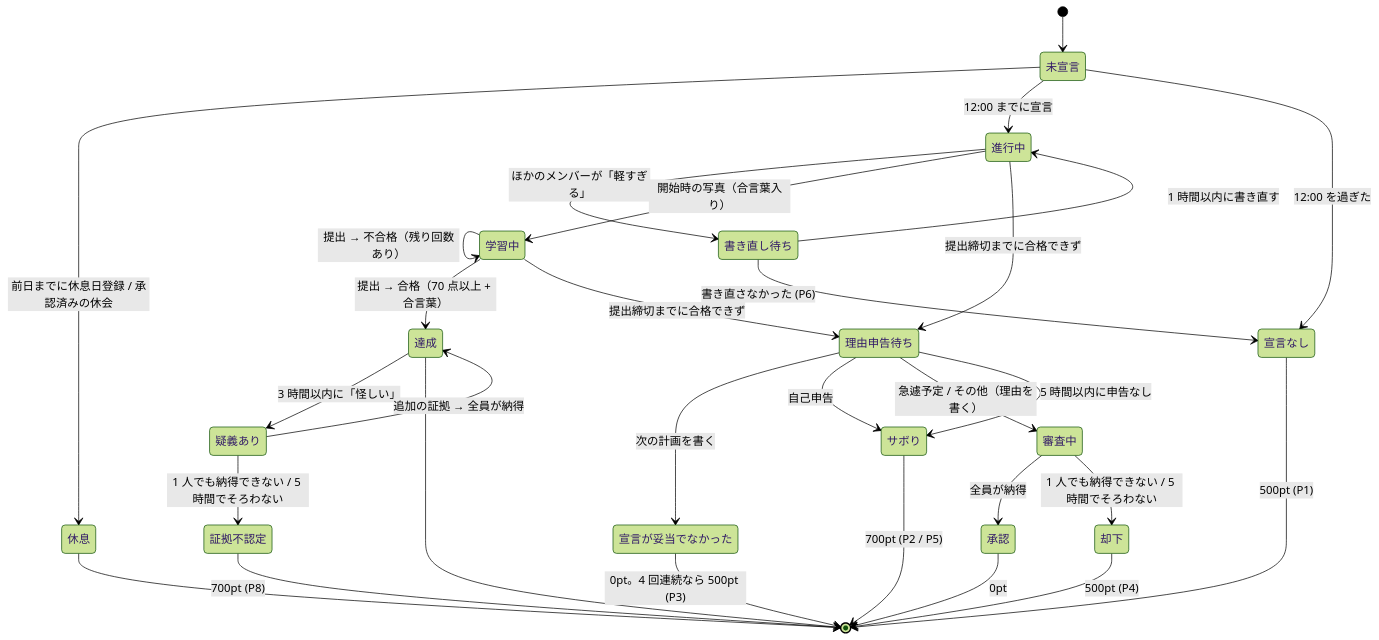
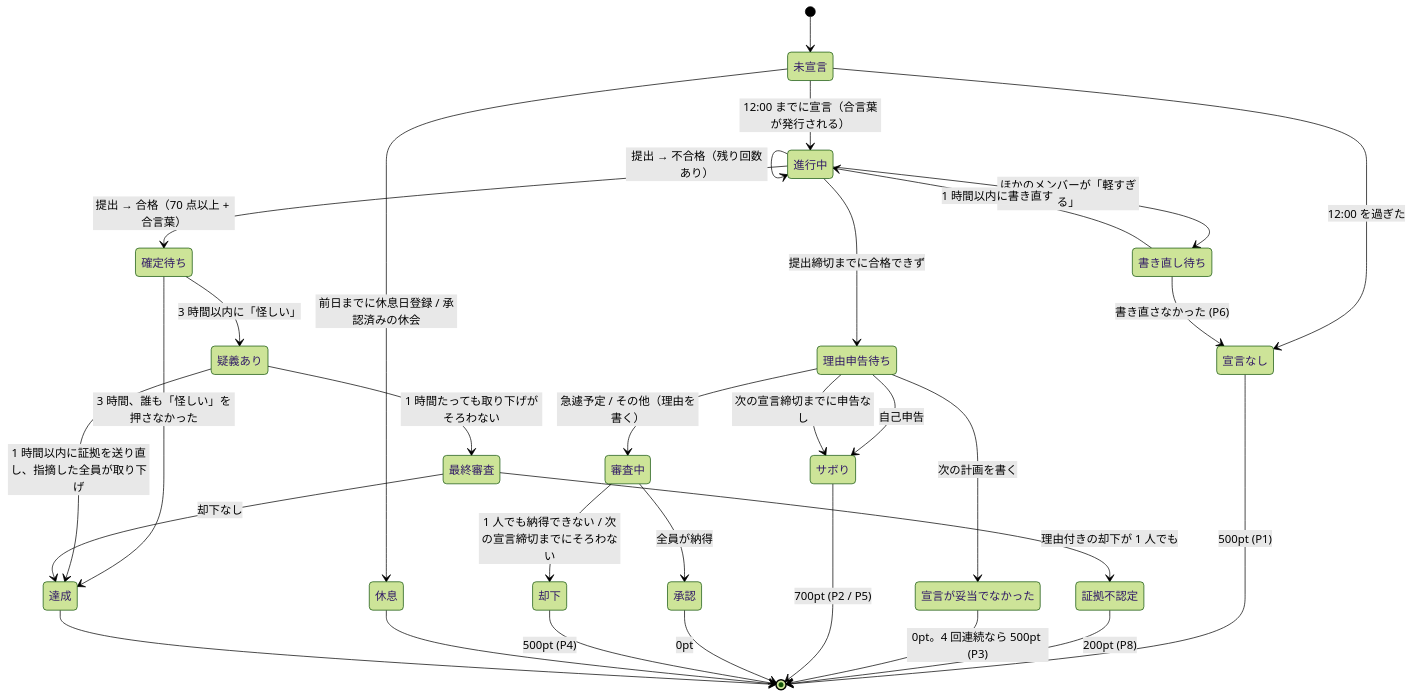
One commit to ashilal1/force-study-app changed the diagram in docs/requirements.md. Above: the diagram before and after it, drawn with Mermaid (forest theme). The commit also changed other lines of this file and 6 other files, not shown here.

````diff
--- a/docs/requirements.md
+++ b/docs/requirements.md
@@ -58,35 +63,37 @@
 ```mermaid
 stateDiagram-v2
     [*] --> 未宣言
     未宣言 --> 休息: 前日までに休息日登録 / 承認済みの休会
-    未宣言 --> 進行中: 12:00 までに宣言
+    未宣言 --> 進行中: 12:00 までに宣言（合言葉が発行される）
     未宣言 --> 宣言なし: 12:00 を過ぎた
     宣言なし --> [*]: 500pt (P1)
 
     進行中 --> 書き直し待ち: ほかのメンバーが「軽すぎる」
     書き直し待ち --> 進行中: 1 時間以内に書き直す
     書き直し待ち --> 宣言なし: 書き直さなかった (P6)
-    進行中 --> 学習中: 開始時の写真（合言葉入り）
-    学習中 --> 学習中: 提出 → 不合格（残り回数あり）
-    学習中 --> 達成: 提出 → 合格（70 点以上 + 合言葉）
+    進行中 --> 進行中: 提出 → 不合格（残り回数あり）
+    進行中 --> 確定待ち: 提出 → 合格（70 点以上 + 合言葉）
     進行中 --> 理由申告待ち: 提出締切までに合格できず
-    学習中 --> 理由申告待ち: 提出締切までに合格できず
-    達成 --> 疑義あり: 3 時間以内に「怪しい」
-    疑義あり --> 達成: 追加の証拠 → 全員が納得
-    疑義あり --> 証拠不認定: 1 人でも納得できない / 5 時間でそろわない
-    証拠不認定 --> [*]: 700pt (P8)
+
+    確定待ち --> 達成: 3 時間、誰も「怪しい」を押さなかった
+    確定待ち --> 疑義あり: 3 時間以内に「怪しい」
+    疑義あり --> 達成: 1 時間以内に証拠を送り直し、指摘した全員が取り下げ
+    疑義あり --> 最終審査: 1 時間たっても取り下げがそろわない
+    最終審査 --> 達成: 却下なし
+    最終審査 --> 証拠不認定: 理由付きの却下が 1 人でも
+    証拠不認定 --> [*]: 200pt (P8)
 
     理由申告待ち --> 宣言が妥当でなかった: 次の計画を書く
     理由申告待ち --> サボり: 自己申告
     理由申告待ち --> 審査中: 急遽予定 / その他（理由を書く）
-    理由申告待ち --> サボり: 5 時間以内に申告なし
+    理由申告待ち --> サボり: 次の宣言締切までに申告なし
 
     宣言が妥当でなかった --> [*]: 0pt。4 回連続なら 500pt (P3)
     サボり --> [*]: 700pt (P2 / P5)
     審査中 --> 承認: 全員が納得
-    審査中 --> 却下: 1 人でも納得できない / 5 時間でそろわない
+    審査中 --> 却下: 1 人でも納得できない / 次の宣言締切までにそろわない
     承認 --> [*]: 0pt
     却下 --> [*]: 500pt (P4)
     休息 --> [*]
     達成 --> [*]
 ```
````
